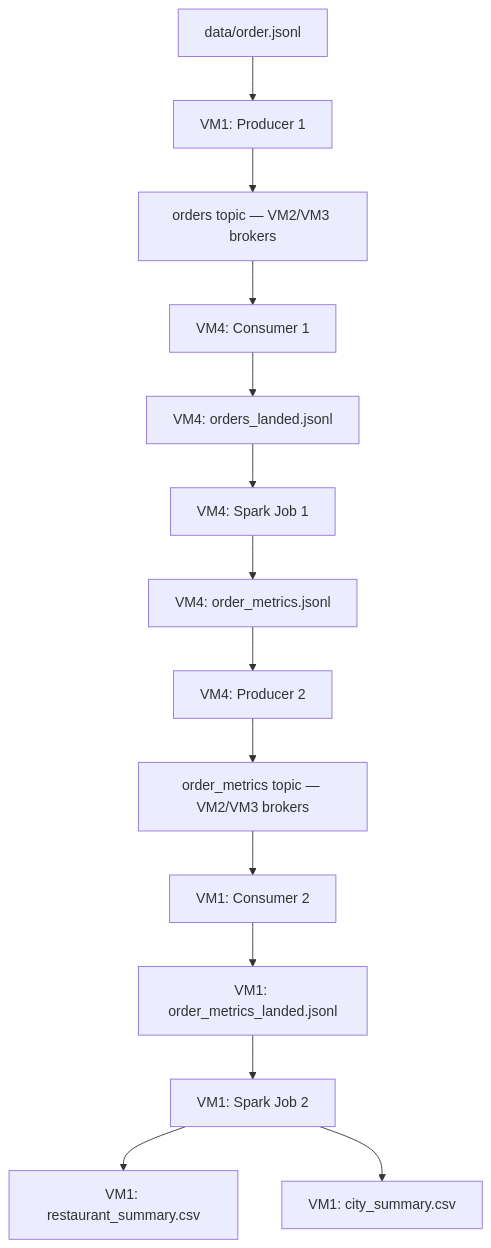
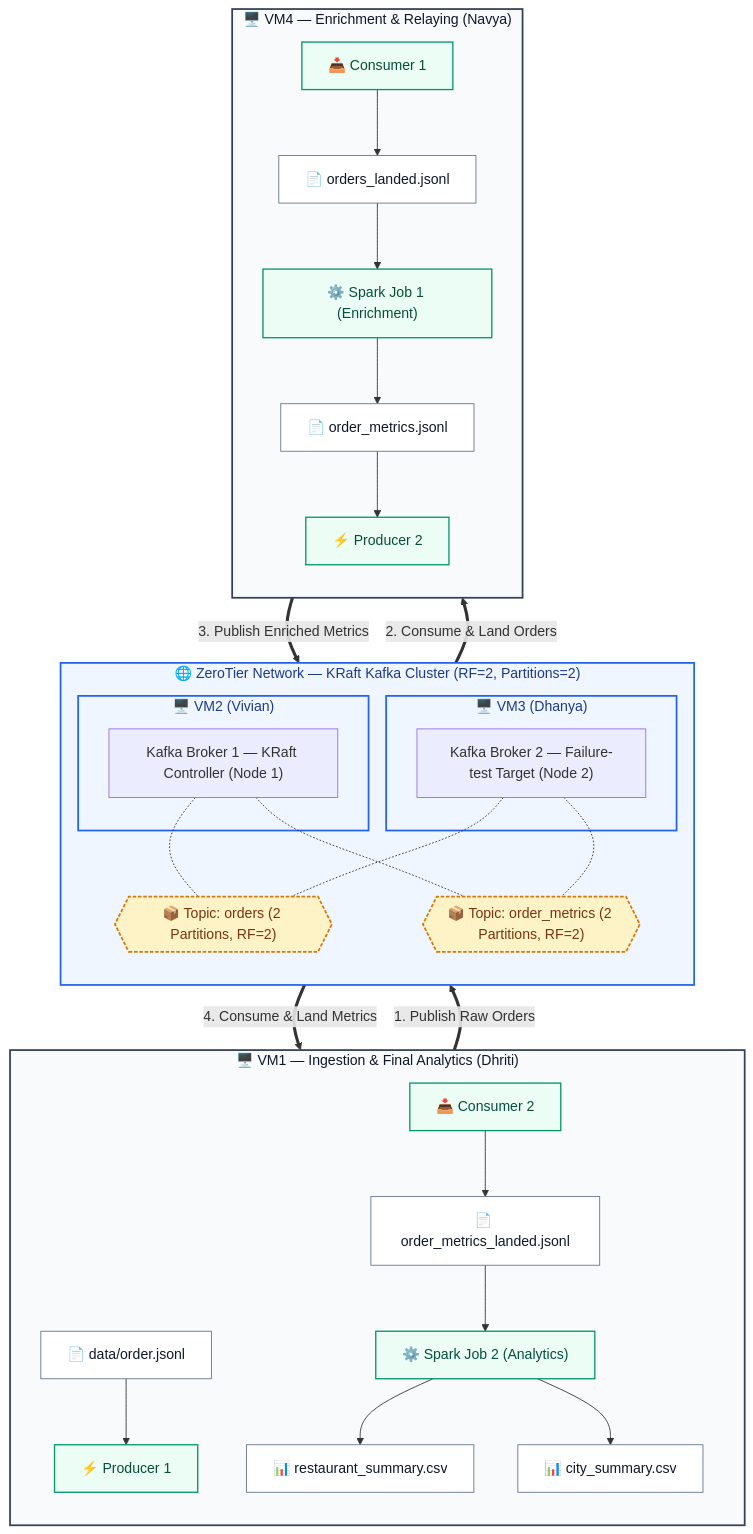
Before and after one commit to VivianSobers/distributed-food-ordering: the first of 2 diagrams in README.md, drawn with Mermaid. The commit also changed other lines of this file, not shown here.

Commit message:
docs: redesign readme with visual diagrams

````diff
--- a/README.md
+++ b/README.md
@@ -9,16 +51,54 @@
 ```mermaid
 flowchart TD
-    source["data/order.jsonl"] --> producer1["VM1: Producer 1"]
-    producer1 --> orders["orders topic — VM2/VM3 brokers"]
-    orders --> consumer1["VM4: Consumer 1"]
-    consumer1 --> landed1["VM4: orders_landed.jsonl"]
-    landed1 --> job1["VM4: Spark Job 1"]
-    job1 --> metrics["VM4: order_metrics.jsonl"]
-    metrics --> producer2["VM4: Producer 2"]
-    producer2 --> metricsTopic["order_metrics topic — VM2/VM3 brokers"]
-    metricsTopic --> consumer2["VM1: Consumer 2"]
-    consumer2 --> landed2["VM1: order_metrics_landed.jsonl"]
-    landed2 --> job2["VM1: Spark Job 2"]
-    job2 --> restaurants["VM1: restaurant_summary.csv"]
-    job2 --> cities["VM1: city_summary.csv"]
+    subgraph VM1 ["🖥️ VM1 — Ingestion & Final Analytics (Dhriti)"]
+        direction TB
+        source["📄 data/order.jsonl"] --> producer1["⚡ Producer 1"]
+        consumer2["📥 Consumer 2"] --> landed2["📄 order_metrics_landed.jsonl"]
+        landed2 --> job2["⚙️ Spark Job 2 (Analytics)"]
+        job2 --> out_rest["📊 restaurant_summary.csv"]
+        job2 --> out_city["📊 city_summary.csv"]
+    end
+
+    subgraph KafkaCluster ["🌐 ZeroTier Network — KRaft Kafka Cluster (RF=2, Partitions=2)"]
+        direction TB
+        subgraph VM2 ["🖥️ VM2 (Vivian)"]
+            broker1["Kafka Broker 1 — KRaft Controller (Node 1)"]
+        end
+        subgraph VM3 ["🖥️ VM3 (Dhanya)"]
+            broker2["Kafka Broker 2 — Failure-test Target (Node 2)"]
+        end
+        ordersTopic{{"📦 Topic: orders (2 Partitions, RF=2)"}}
+        metricsTopic{{"📦 Topic: order_metrics (2 Partitions, RF=2)"}}
+
+        broker1 -.- ordersTopic
+        broker2 -.- ordersTopic
+        broker1 -.- metricsTopic
+        broker2 -.- metricsTopic
+    end
+
+    subgraph VM4 ["🖥️ VM4 — Enrichment & Relaying (Navya)"]
+        direction TB
+        consumer1["📥 Consumer 1"] --> landed1["📄 orders_landed.jsonl"]
+        landed1 --> job1["⚙️ Spark Job 1 (Enrichment)"]
+        job1 --> metricsFile["📄 order_metrics.jsonl"]
+        metricsFile --> producer2["⚡ Producer 2"]
+    end
+
+    %% Distributed Data Flow Links
+    producer1 ==>|"1. Publish Raw Orders"| ordersTopic
+    ordersTopic ==>|"2. Consume & Land Orders"| consumer1
+    producer2 ==>|"3. Publish Enriched Metrics"| metricsTopic
+    metricsTopic ==>|"4. Consume & Land Metrics"| consumer2
+
+    classDef vmBox fill:#f8fafc,stroke:#334155,stroke-width:2px,color:#0f172a;
+    classDef kafkaBox fill:#eff6ff,stroke:#2563eb,stroke-width:2px,color:#1e3a8a;
+    classDef topicBox fill:#fef3c7,stroke:#d97706,stroke-width:2px,stroke-dasharray: 4 2,color:#78350f;
+    classDef processBox fill:#ecfdf5,stroke:#059669,stroke-width:1.5px,color:#064e3b;
+    classDef fileBox fill:#ffffff,stroke:#64748b,stroke-width:1px,color:#0f172a;
+
+    class VM1,VM4 vmBox;
+    class KafkaCluster,VM2,VM3 kafkaBox;
+    class ordersTopic,metricsTopic topicBox;
+    class producer1,producer2,consumer1,consumer2,job1,job2 processBox;
+    class source,landed1,metricsFile,landed2,out_rest,out_city fileBox;
 ```
````
